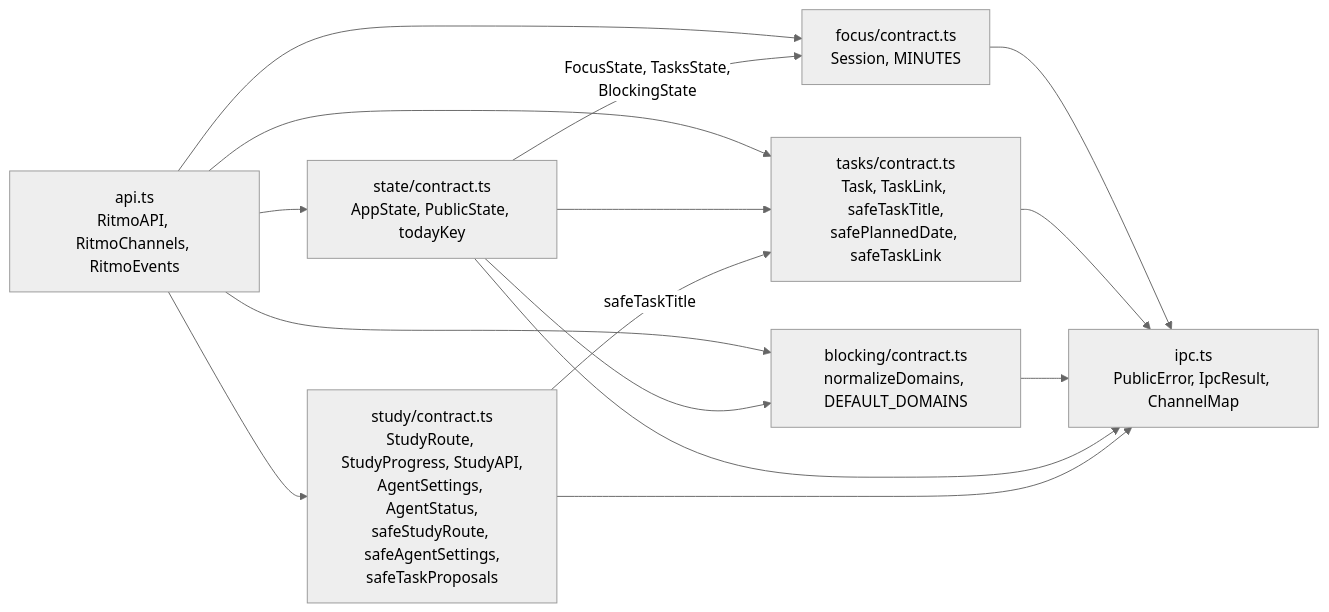
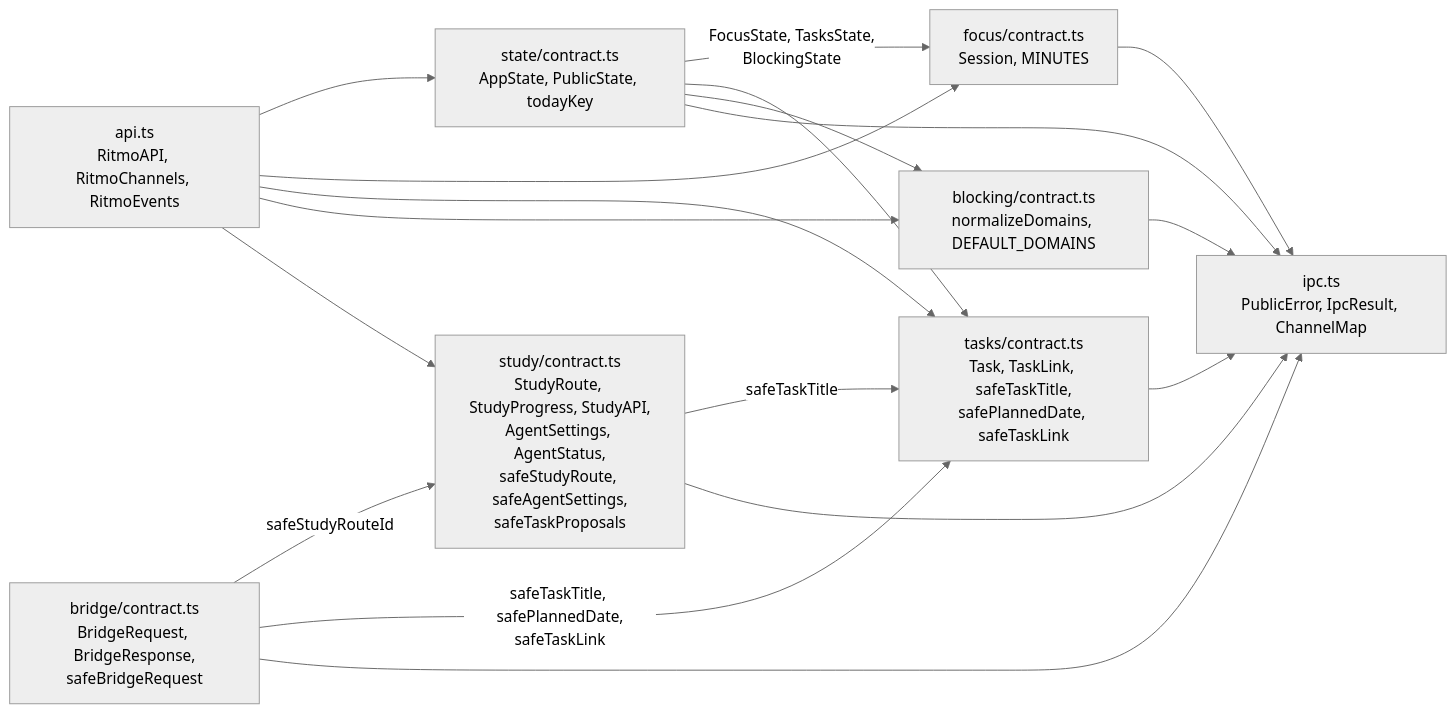
The second of 13 diagrams in docs/arquitectura.md (DevJuan95/ritmo), drawn with Mermaid (neutral theme) before and after one commit. The commit also changed other lines of this file and 36 other files, not shown here.

````diff
--- a/docs/arquitectura.md
+++ b/docs/arquitectura.md
@@ -47,25 +56,29 @@
 ```mermaid
 flowchart LR
   api["api.ts<br/>RitmoAPI, RitmoChannels, RitmoEvents"]
   state["state/contract.ts<br/>AppState, PublicState, todayKey"]
   focus["focus/contract.ts<br/>Session, MINUTES"]
   tasks["tasks/contract.ts<br/>Task, TaskLink, safeTaskTitle,<br/>safePlannedDate, safeTaskLink"]
   blocking["blocking/contract.ts<br/>normalizeDomains, DEFAULT_DOMAINS"]
   study["study/contract.ts<br/>StudyRoute, StudyProgress, StudyAPI,<br/>AgentSettings, AgentStatus,<br/>safeStudyRoute, safeAgentSettings,<br/>safeTaskProposals"]
   ipc["ipc.ts<br/>PublicError, IpcResult, ChannelMap"]
+  bridgeContract["bridge/contract.ts<br/>BridgeRequest, BridgeResponse,<br/>safeBridgeRequest"]
 
   api --> state
   api --> focus
   api --> tasks
   api --> blocking
   api --> study
   state -- "FocusState, TasksState,<br/>BlockingState" --> focus
   state --> tasks
   state --> blocking
   focus --> ipc
   tasks --> ipc
   blocking --> ipc
   state --> ipc
   study -- "safeTaskTitle" --> tasks
   study --> ipc
+  bridgeContract -- "safeStudyRouteId" --> study
+  bridgeContract -- "safeTaskTitle, safePlannedDate,<br/>safeTaskLink" --> tasks
+  bridgeContract --> ipc
 ```
````
